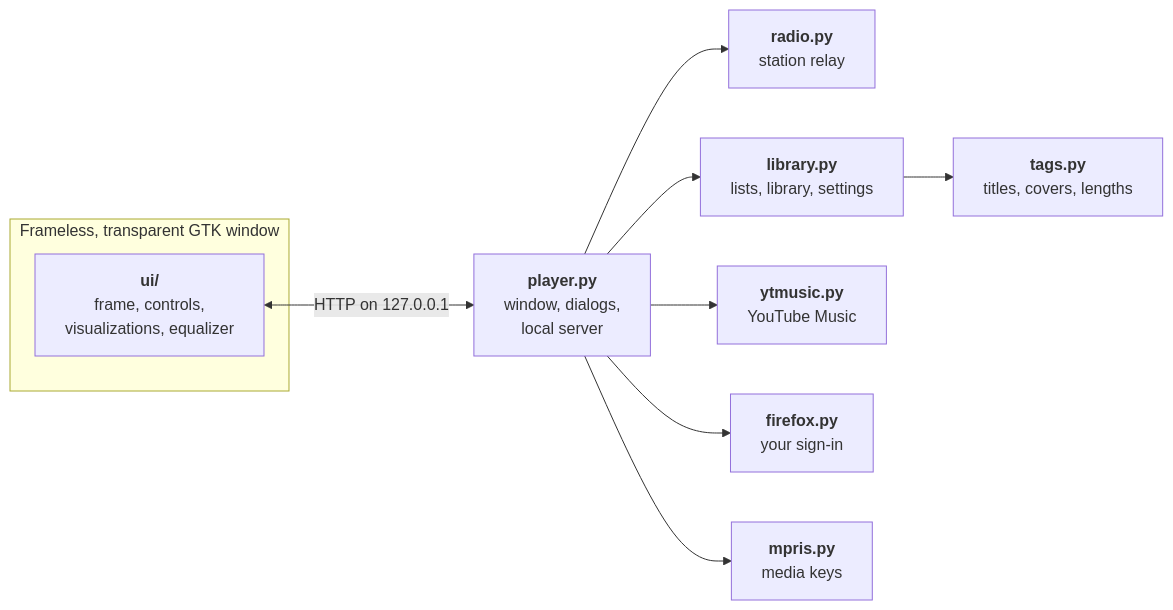
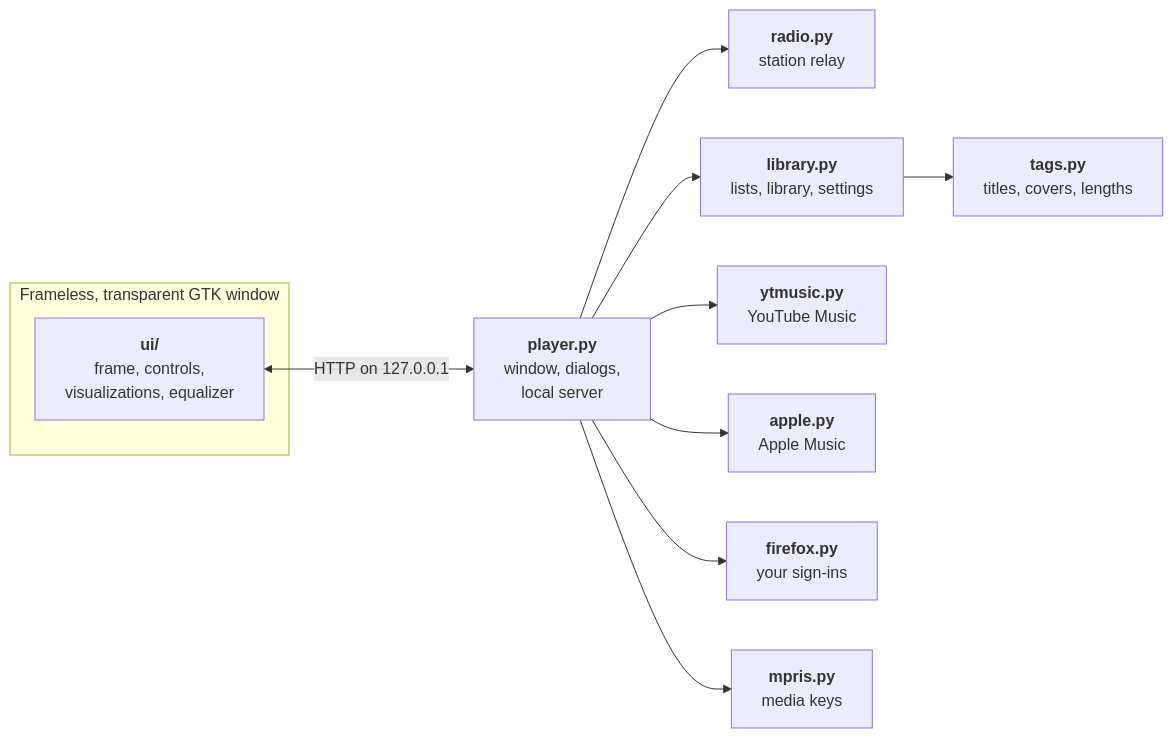
Before and after one commit to NahuelGenchi/ocean-mist: the first of 2 diagrams in README.md, drawn with Mermaid. The commit also changed other lines of this file and 7 other files, not shown here.

First line of the commit message:
feat: Apple Music library in Premium Services, played through YouTube Music (#27)

````diff
--- a/README.md
+++ b/README.md
@@ -245,19 +282,21 @@
 ```mermaid
 flowchart LR
     subgraph window["Frameless, transparent GTK window"]
         page["<b>ui/</b><br/>frame, controls,<br/>visualizations, equalizer"]
     end
     host["<b>player.py</b><br/>window, dialogs,<br/>local server"]
     radio["<b>radio.py</b><br/>station relay"]
     library["<b>library.py</b><br/>lists, library, settings"]
     tags["<b>tags.py</b><br/>titles, covers, lengths"]
     ytmusic["<b>ytmusic.py</b><br/>YouTube Music"]
-    firefox["<b>firefox.py</b><br/>your sign-in"]
+    apple["<b>apple.py</b><br/>Apple Music"]
+    firefox["<b>firefox.py</b><br/>your sign-ins"]
     mpris["<b>mpris.py</b><br/>media keys"]
     page <-->|"HTTP on 127.0.0.1"| host
     host --> radio
     host --> library --> tags
     host --> ytmusic
+    host --> apple
     host --> firefox
     host --> mpris
 ```
````
